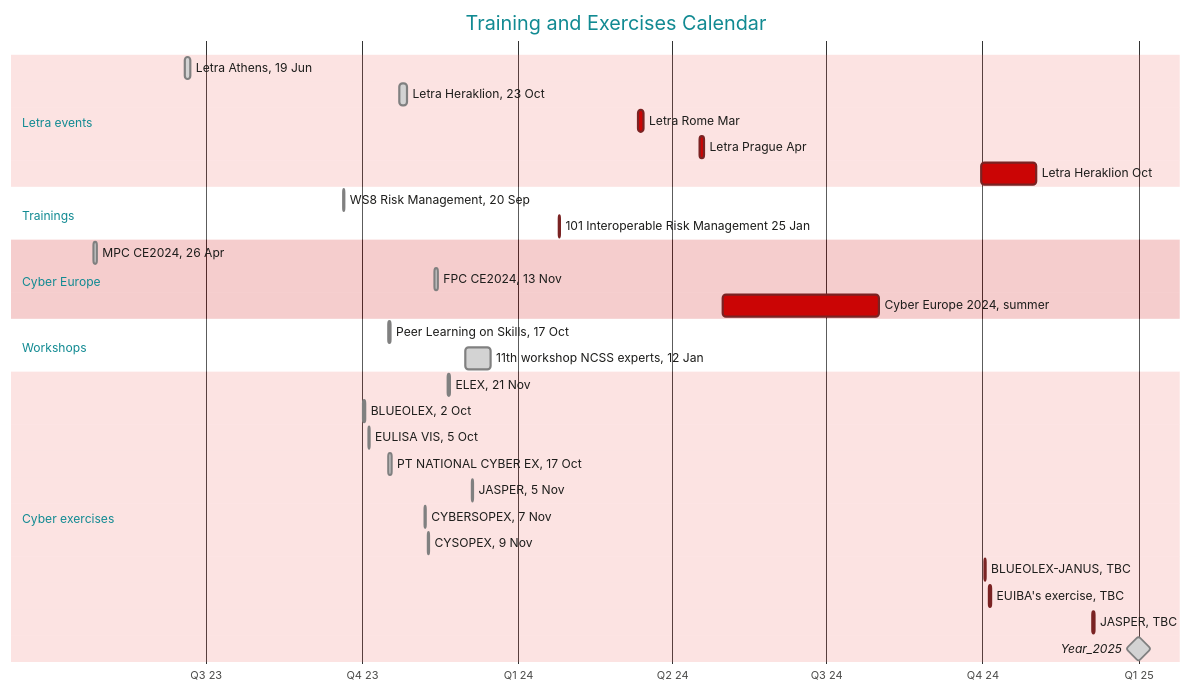
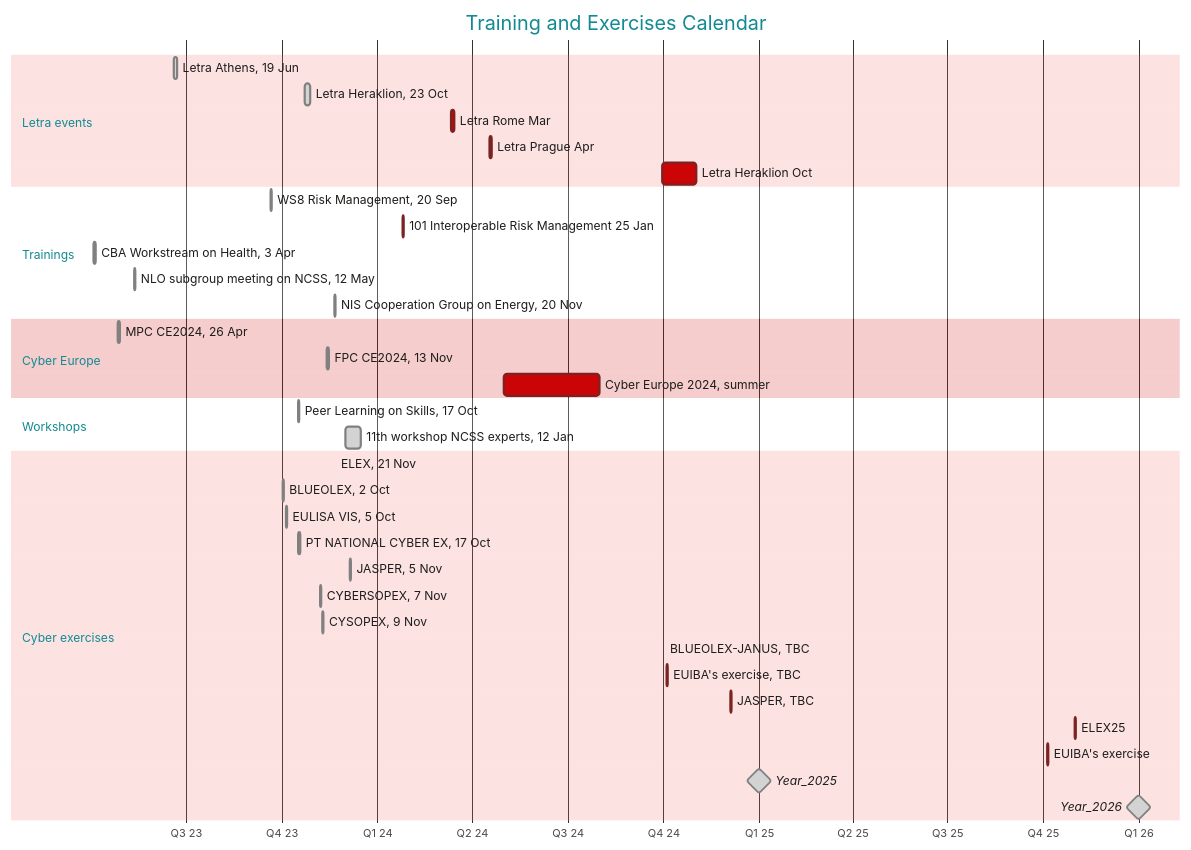
Before and after one commit to ENISA-Exercises/Public01: the diagram in calendar.md, drawn with Mermaid.

Commit message:
Update calendar.md
sync with main

````diff
--- a/calendar.md
+++ b/calendar.md
@@ -1,53 +1,59 @@
 ```mermaid
 %%{
   init: {
     'theme': 'base',
     'themeVariables': {
       'darkmode': 'false',
       'fontFamily': 'Arial',
       'background':	'#EBEBEB',
       'primaryColor': '#CB0505',
       'primaryTextColor': '#1D1D1B',
       'secondaryColor': '#004F9F',
       'tertiaryColor': '#EE756D',
       'lineColor': '#1D1D1B'
     }
   }
 }%%
 gantt
   title Training and Exercises Calendar
   dateFormat YYYY-MM-DD %%Input date format. The default input date format is YYYY-MM-DD
   axisFormat Q%q %y
   tickInterval 3month
 %%displayed gantt bar info
   section Letra events
     Letra Athens, 19 Jun: done, Letra202306, 2023-06-19, 3d
     Letra Heraklion, 23 Oct: done, Letra202310, 2023-10-23, 5d
     Letra Rome Mar: Training45363, 2024-03-12, 3d
     Letra Prague Apr: Training45399, 2024-04-17, 3d
     Letra Heraklion Oct: Training45565, 2024-09-30, 33d
   section Trainings
     WS8 Risk Management, 20 Sep: done, TRAINING45189, 2023-09-20, 1d
     101 Interoperable Risk Management 25 Jan: virtual_workshop45316, 2024-01-25, 1d
+    CBA Workstream on Health, 3 Apr: done, 2023-04-03, 2d
+    NLO subgroup meeting on NCSS, 12 May: done, 2023-05-12, 1d
+    NIS Cooperation Group on Energy, 20 Nov: done, 2023-11-20, 1d
   section Cyber Europe
     MPC CE2024, 26 Apr: done, Conference45042, 2023-04-26, 2d
     FPC CE2024, 13 Nov: done, CONFERENCE45243, 2023-11-13, 2d
     Cyber Europe 2024, summer: Exercise45413, 2024-05-01, 92d
   section Workshops
     Peer Learning on Skills, 17 Oct: done, physical_workshop45216, 2023-10-17, 1d
     11th workshop NCSS experts, 12 Jan: done, virtual_workshop45261, 2023-12-01, 15d
   section Cyber exercises
     ELEX, 21 Nov: done, ELEX2023, 2023-11-21, 1d
     BLUEOLEX, 2 Oct: done, EXERCISE45201, 2023-10-02, 1d
     EULISA VIS, 5 Oct: done, EXERCISE45204, 2023-10-05, 1d
     PT NATIONAL CYBER EX, 17 Oct: done, EXERCISE45216, 2023-10-17, 2d
     JASPER, 5 Nov: done, EXERCISE45265, 2023-12-05, 1d
     CYBERSOPEX, 7 Nov: done, EXERCISE45237, 2023-11-07, 1d
     CYSOPEX, 9 Nov: done, EXERCISE45239, 2023-11-09, 1d
     BLUEOLEX-JANUS, TBC: Exercise45567, 2024-10-02, 1d
     EUIBA's exercise, TBC: Exercise45570, 2024-10-05, 1d
     JASPER, TBC: Exercise45631, 2024-12-05, 1d
+    ELEX25: Exercise45962, 2025-11-01, 1d
+    EUIBA's exercise: Exercise45204, 2025-10-05, 1d
 %%  Year_2023: done, milestone, Year23, 2023-01-01, 0d
 %%  Year_2024: done, milestone, Year24, 2024-01-01, 0d
 Year_2025: done, milestone, Year25, 2025-01-01, 0d
+Year_2026: done, milestone, Year26, 2026-01-01, 0d
 ```
````
